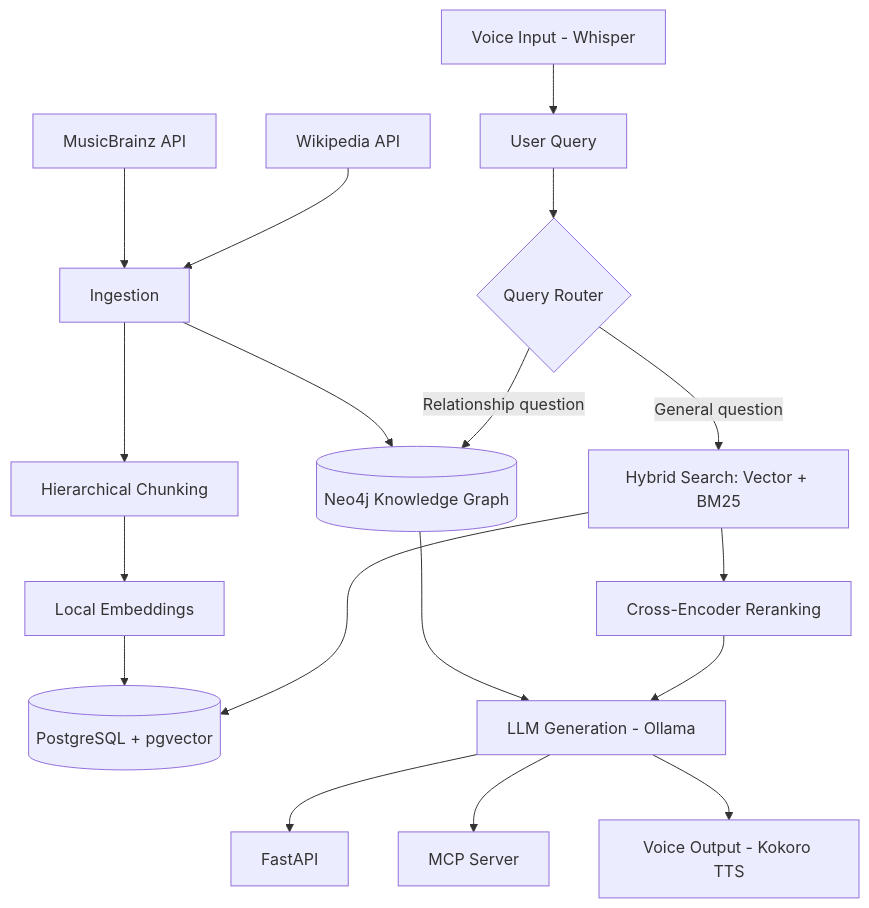
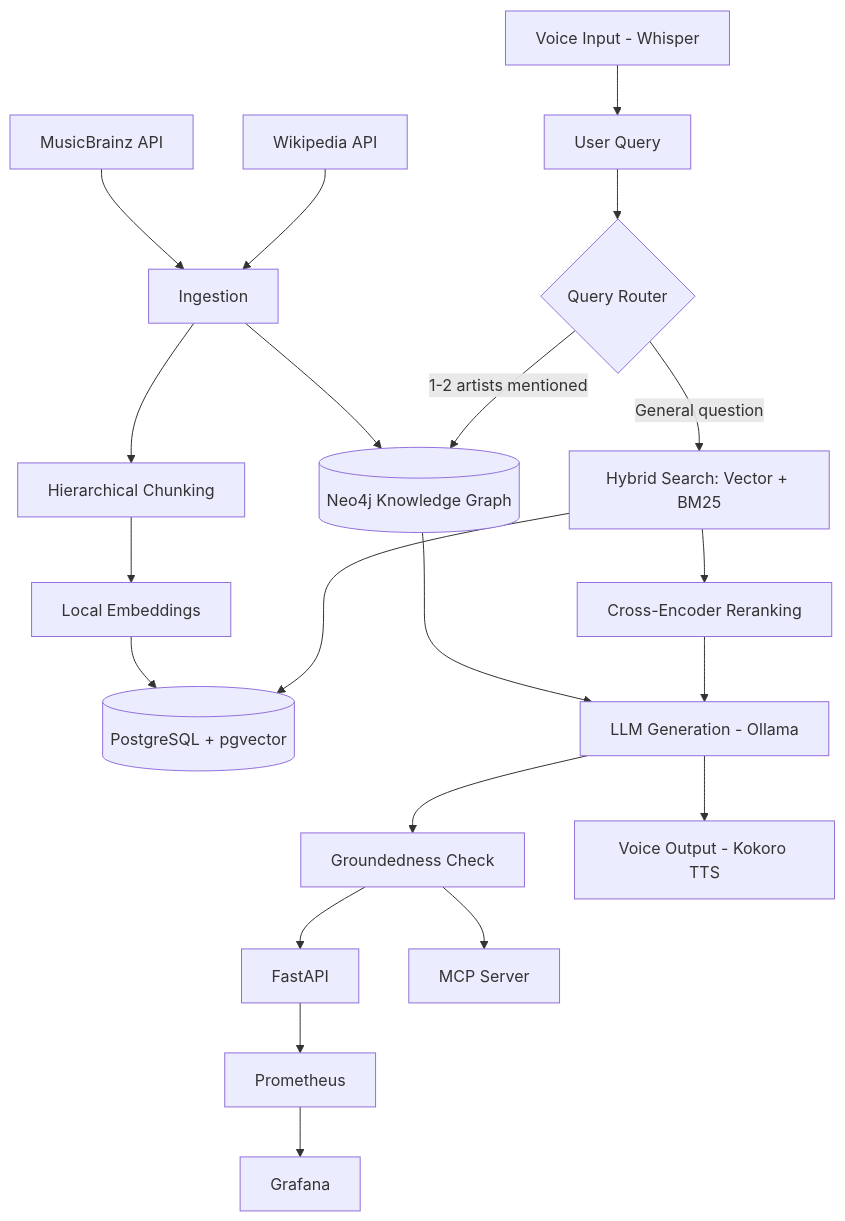
One commit to alanninho/music-rag changed the diagram in README.md. Above: the diagram before and after it, drawn with Mermaid. The commit also changed other lines of this file, not shown here.

Commit message:
Update README with subpackage structure and Grafana dashboard details

````diff
--- a/README.md
+++ b/README.md
@@ -11,22 +11,26 @@
 ```mermaid
 graph TD
     A[MusicBrainz API] --> C[Ingestion]
     B[Wikipedia API] --> C
     C --> D[Hierarchical Chunking]
     D --> E[Local Embeddings]
     E --> F[(PostgreSQL + pgvector)]
     C --> G[(Neo4j Knowledge Graph)]
 
     H[User Query] --> I{Query Router}
-    I -->|Relationship question| G
+    I -->|1-2 artists mentioned| G
     I -->|General question| J[Hybrid Search: Vector + BM25]
     J --> F
     J --> K[Cross-Encoder Reranking]
     G --> L[LLM Generation - Ollama]
     K --> L
-    L --> M[FastAPI]
-    L --> N[MCP Server]
+    L --> M2[Groundedness Check]
+    M2 --> M[FastAPI]
+    M2 --> N[MCP Server]
 
     O[Voice Input - Whisper] --> H
     L --> P[Voice Output - Kokoro TTS]
+
+    M --> Q[Prometheus]
+    Q --> R[Grafana]
 ```
````
